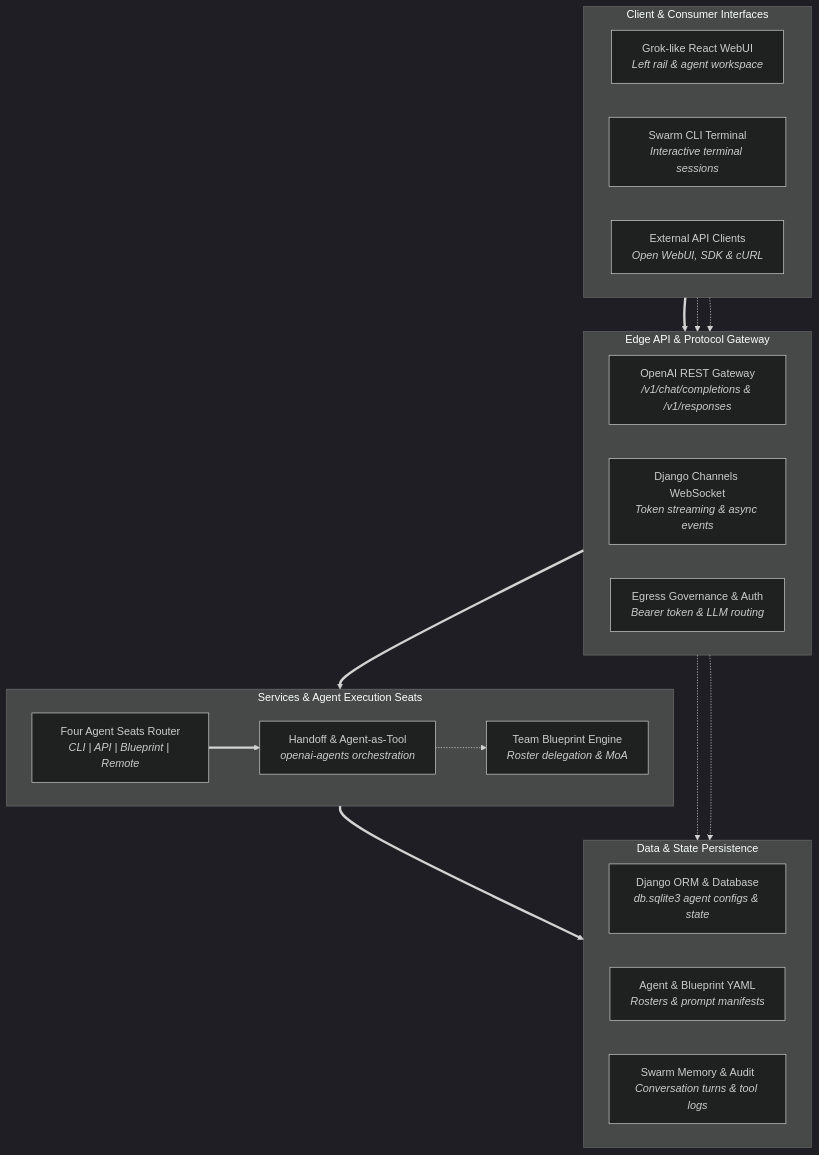
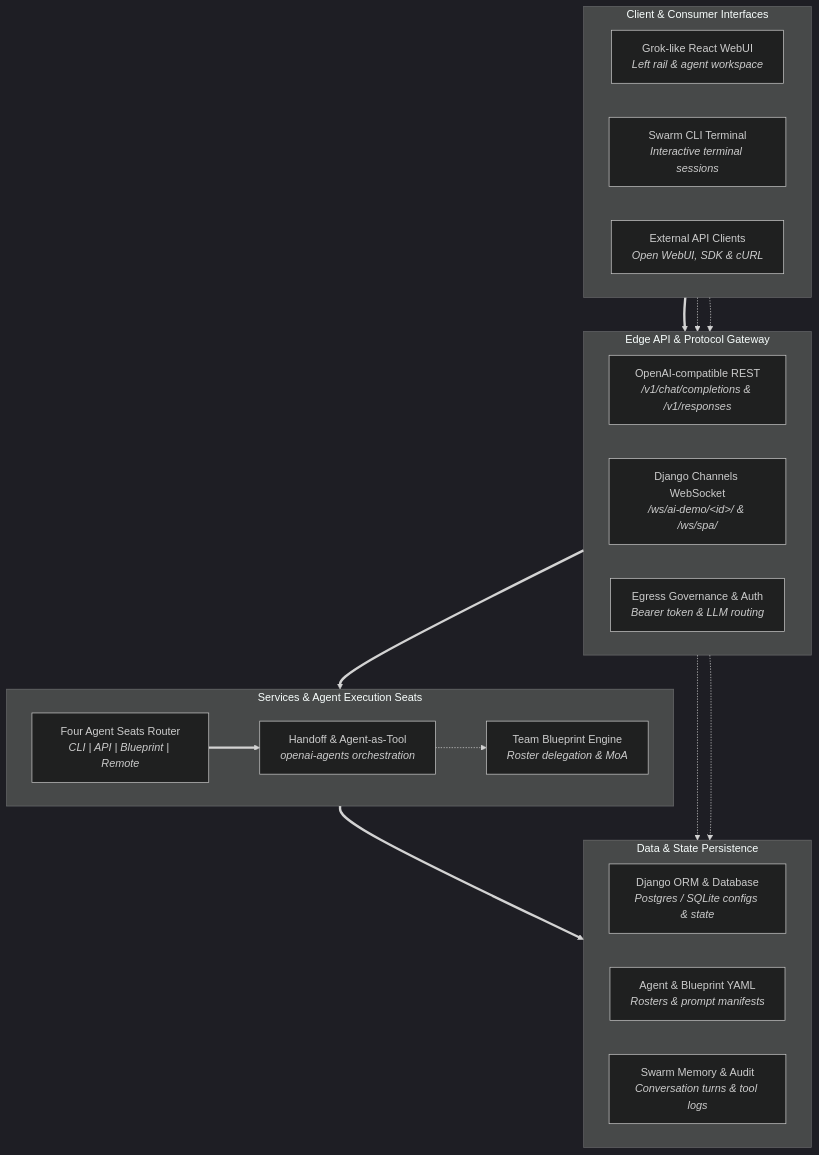
The first of 8 diagrams in docs/diagrams/README.md (matthewhand/operating-swarm), drawn with Mermaid (dark theme) before and after one commit. The commit also changed other lines of this file and 1784 other files, not shown here.

````diff
--- a/docs/diagrams/README.md
+++ b/docs/diagrams/README.md
@@ -26,41 +209,41 @@
 ```mermaid
 flowchart TB
     subgraph clients ["Client & Consumer Interfaces"]
         direction LR
         WebUI["Grok-like React WebUI<br/><em>Left rail & agent workspace</em>"]
         CLI["Swarm CLI Terminal<br/><em>Interactive terminal sessions</em>"]
         External["External API Clients<br/><em>Open WebUI, SDK & cURL</em>"]
     end
 
     subgraph edge ["Edge API & Protocol Gateway"]
         direction LR
-        REST["OpenAI REST Gateway<br/><em>/v1/chat/completions & /v1/responses</em>"]
-        WS["Django Channels WebSocket<br/><em>Token streaming & async events</em>"]
+        REST["OpenAI-compatible REST<br/><em>/v1/chat/completions & /v1/responses</em>"]
+        WS["Django Channels WebSocket<br/><em>/ws/ai-demo/&lt;id&gt;/ & /ws/spa/</em>"]
         Auth["Egress Governance & Auth<br/><em>Bearer token & LLM routing</em>"]
     end
 
     subgraph services ["Services & Agent Execution Seats"]
         direction LR
         Router["Four Agent Seats Router<br/><em>CLI | API | Blueprint | Remote</em>"]
         Handoff["Handoff & Agent-as-Tool<br/><em>openai-agents orchestration</em>"]
         Team["Team Blueprint Engine<br/><em>Roster delegation & MoA</em>"]
     end
 
     subgraph data ["Data & State Persistence"]
         direction LR
-        DB["Django ORM & Database<br/><em>db.sqlite3 agent configs & state</em>"]
+        DB["Django ORM & Database<br/><em>Postgres / SQLite configs & state</em>"]
         YAML["Agent & Blueprint YAML<br/><em>Rosters & prompt manifests</em>"]
         Memory["Swarm Memory & Audit<br/><em>Conversation turns & tool logs</em>"]
     end
 
     WebUI ==> REST
     REST ==> Router
     Router ==> Handoff
     Router ==> DB
 
     CLI -.-> WS
     External -.-> Auth
     Handoff -.-> Team
     WS -.-> YAML
     Auth -.-> Memory
 ```
````
